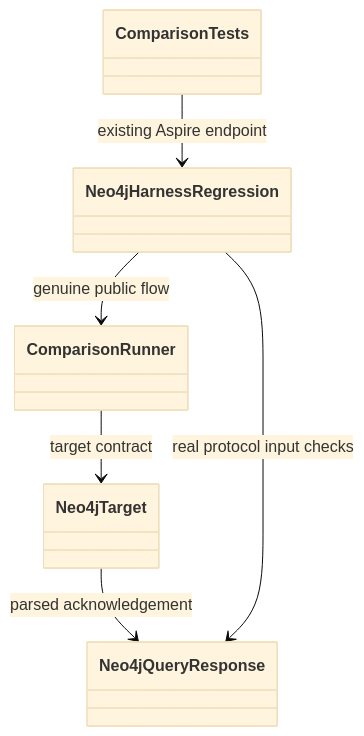
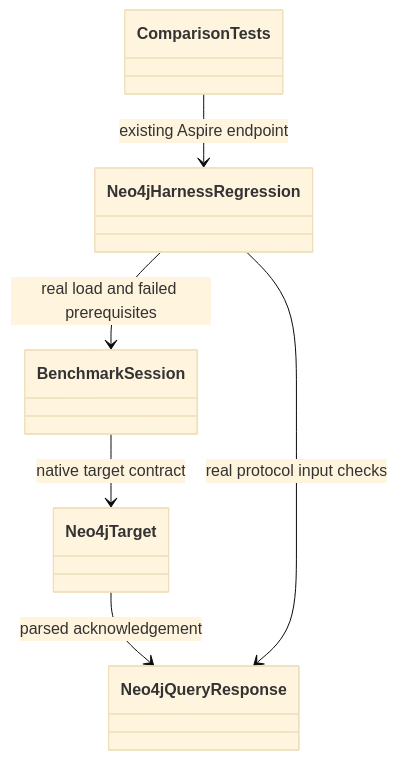
Before and after one commit to managedcode/KeyLoad: the ninth of 40 diagrams in docs/Architecture.md, drawn with Mermaid (base theme). The commit also changed other lines of this file and 58 other files, not shown here.

````diff
--- a/docs/Architecture.md
+++ b/docs/Architecture.md
@@ -304,13 +307,13 @@
 ```mermaid
 classDiagram
     class ComparisonTests
     class Neo4jHarnessRegression
-    class ComparisonRunner
+    class BenchmarkSession
     class Neo4jTarget
     class Neo4jQueryResponse
     ComparisonTests --> Neo4jHarnessRegression : existing Aspire endpoint
-    Neo4jHarnessRegression --> ComparisonRunner : genuine public flow
-    ComparisonRunner --> Neo4jTarget : target contract
+    Neo4jHarnessRegression --> BenchmarkSession : real load and failed prerequisites
+    BenchmarkSession --> Neo4jTarget : native target contract
     Neo4jTarget --> Neo4jQueryResponse : parsed acknowledgement
     Neo4jHarnessRegression --> Neo4jQueryResponse : real protocol input checks
 ```
````
